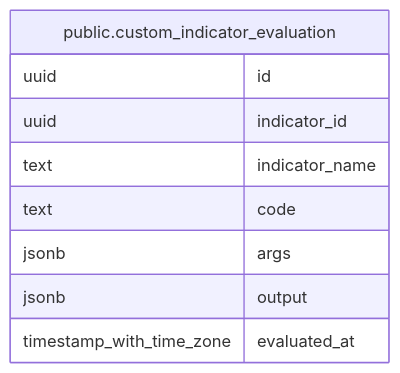
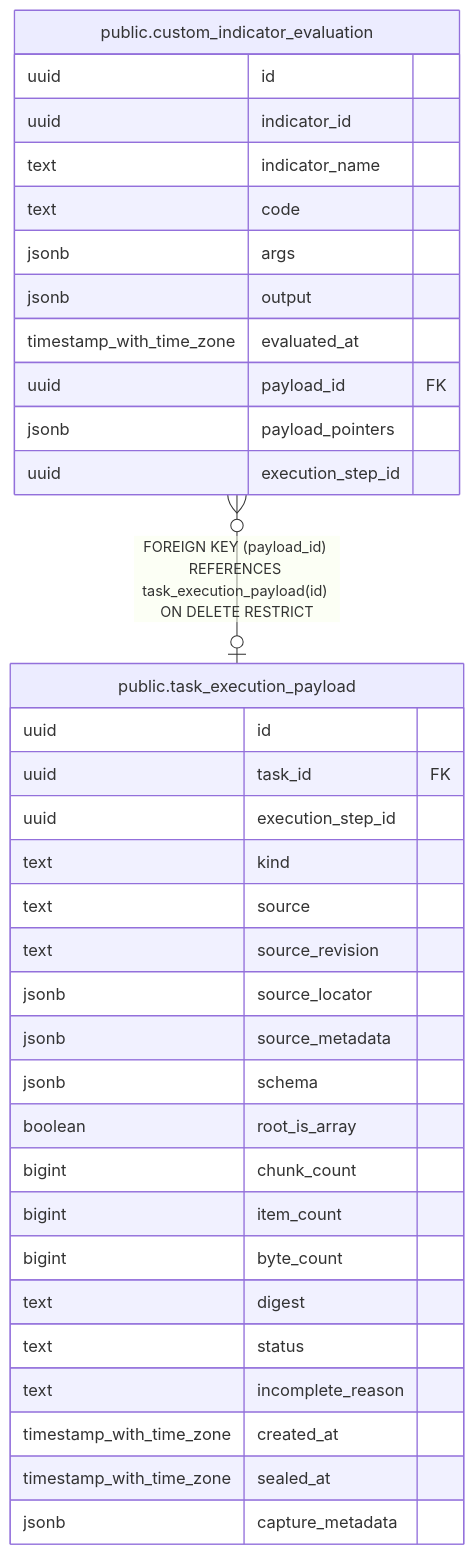
The diagram in backend/docs/db/public.custom_indicator_evaluation.md (fohte/t-rader), drawn with Mermaid before and after one commit. The commit also changed other lines of this file and 56 other files, not shown here.

````diff
--- a/backend/docs/db/public.custom_indicator_evaluation.md
+++ b/backend/docs/db/public.custom_indicator_evaluation.md
@@ -40,14 +44,39 @@
 ```mermaid
 erDiagram
 
+"public.custom_indicator_evaluation" }o--o| "public.task_execution_payload" : "FOREIGN KEY (payload_id) REFERENCES task_execution_payload(id) ON DELETE RESTRICT"
 
 "public.custom_indicator_evaluation" {
   uuid id
   uuid indicator_id
   text indicator_name
   text code
   jsonb args
   jsonb output
   timestamp_with_time_zone evaluated_at
+  uuid payload_id FK
+  jsonb payload_pointers
+  uuid execution_step_id
+}
+"public.task_execution_payload" {
+  uuid id
+  uuid task_id FK
+  uuid execution_step_id
+  text kind
+  text source
+  text source_revision
+  jsonb source_locator
+  jsonb source_metadata
+  jsonb schema
+  boolean root_is_array
+  bigint chunk_count
+  bigint item_count
+  bigint byte_count
+  text digest
+  text status
+  text incomplete_reason
+  timestamp_with_time_zone created_at
+  timestamp_with_time_zone sealed_at
+  jsonb capture_metadata
 }
 ```
````
